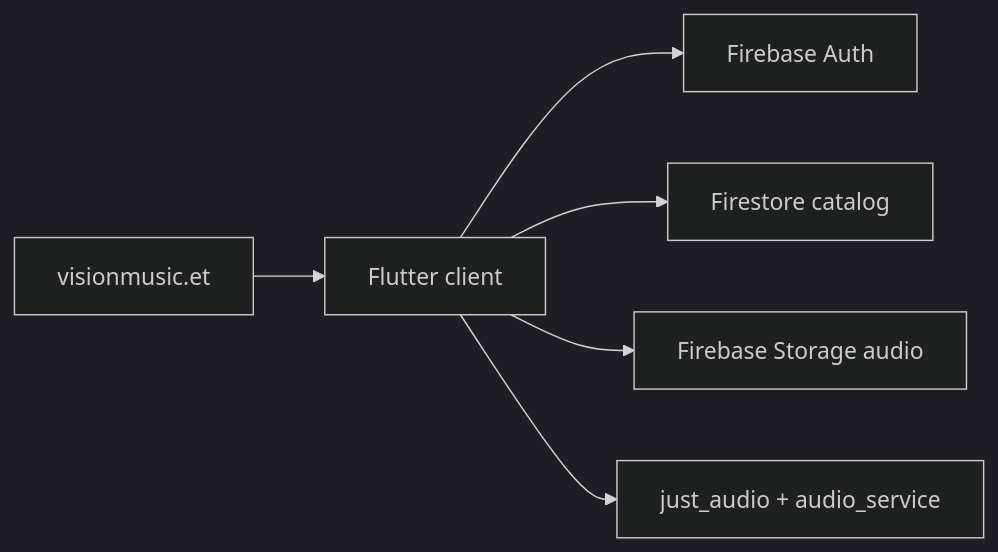
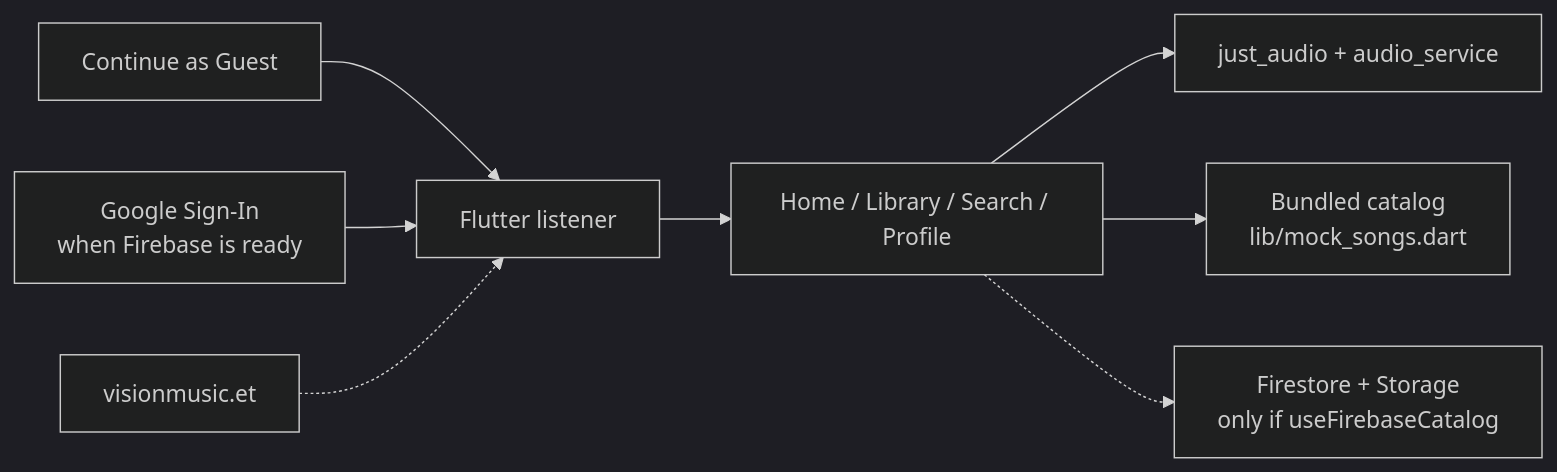
One commit to Birra3324/visionmusicapp changed the diagram in README.md. Above: the diagram before and after it, drawn with Mermaid (dark theme). The commit also changed other lines of this file and 36 other files, not shown here.

````diff
--- a/README.md
+++ b/README.md
@@ -33,8 +41,10 @@
 ```mermaid
 flowchart LR
-  App[Flutter client] --> Auth[Firebase Auth]
-  App --> FS[Firestore catalog]
-  App --> ST[Firebase Storage audio]
-  App --> Play[just_audio + audio_service]
-  Site[visionmusic.et] --> App
+  Guest["Continue as Guest"] --> App["Flutter listener"]
+  Google["Google Sign-In\nwhen Firebase is ready"] --> App
+  App --> Shell["Home / Library / Search / Profile"]
+  Shell --> Player["just_audio + audio_service"]
+  Shell --> Local["Bundled catalog\nlib/mock_songs.dart"]
+  Shell -.-> Remote["Firestore + Storage\nonly if useFirebaseCatalog"]
+  Site["visionmusic.et"] -.-> App
 ```
````
